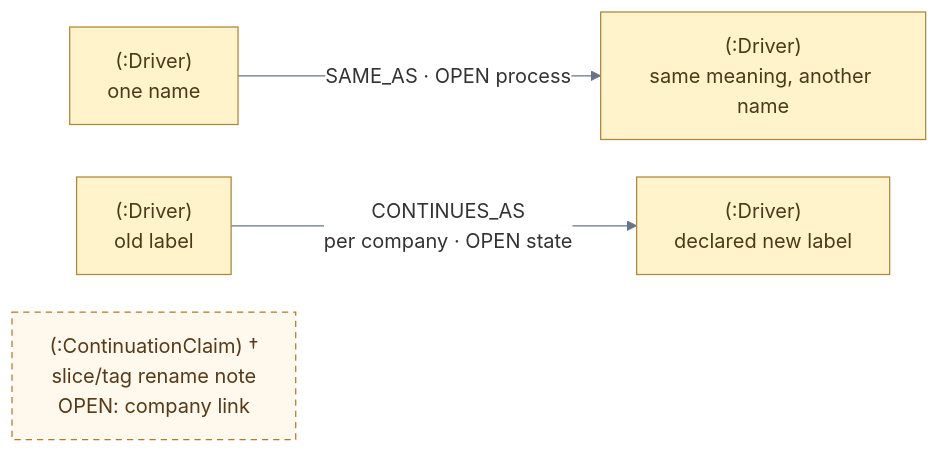
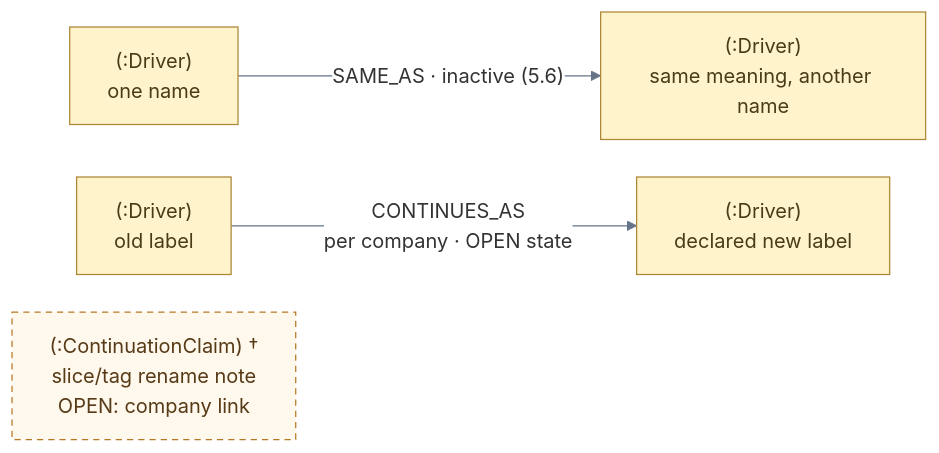
The sixth of 15 diagrams in .claude/plans/Drivers/DriversFinal/DRIVER_RULES.md (faisalanjum/EventTrader), drawn with Mermaid before and after one commit. The commit also changed other lines of this file, not shown here.

````diff
--- a/.claude/plans/Drivers/DriversFinal/DRIVER_RULES.md
+++ b/.claude/plans/Drivers/DriversFinal/DRIVER_RULES.md
@@ -174,15 +172,15 @@
 ```mermaid
 %%{init: {"theme":"base","flowchart":{"curve":"linear","nodeSpacing":30,"rankSpacing":45,"htmlLabels":true},"themeVariables":{"fontFamily":"Arial","fontSize":"16px","lineColor":"#657487","edgeLabelBackground":"#ffffff"}}}%%
 flowchart LR
     synonymA["(:Driver)<br/>one name"]
     synonymB["(:Driver)<br/>same meaning, another name"]
     oldName["(:Driver)<br/>old label"]
     newName["(:Driver)<br/>declared new label"]
     claim["(:ContinuationClaim) †<br/>slice/tag rename note<br/>OPEN: company link"]
-    synonymA -->|"SAME_AS · OPEN process"| synonymB
+    synonymA -->|"SAME_AS · inactive (5.6)"| synonymB
     oldName -->|"CONTINUES_AS<br/>per company · OPEN state"| newName
     classDef driver fill:#fff3cc,stroke:#ac8735,color:#493b17
     classDef pending fill:#fff8ed,stroke:#b77824,stroke-dasharray:5 4,color:#573a16
     class synonymA,synonymB,oldName,newName driver
     class claim pending
 ```
````
